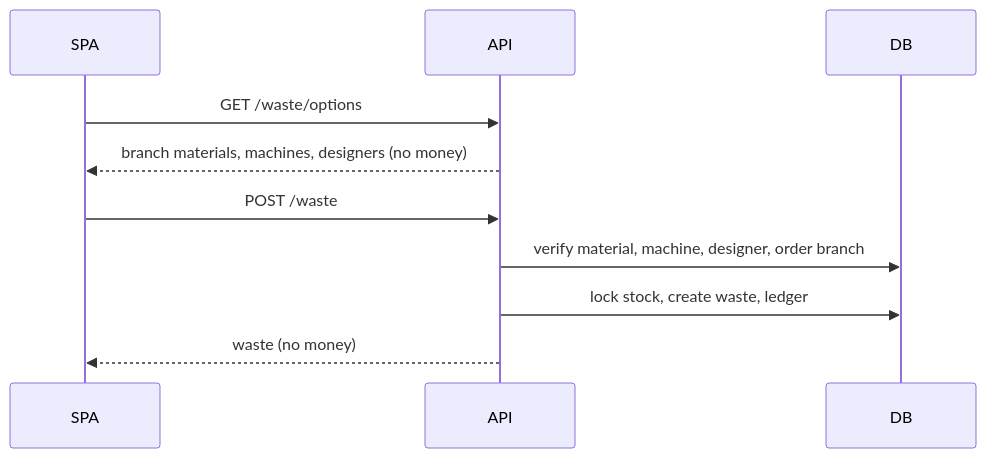
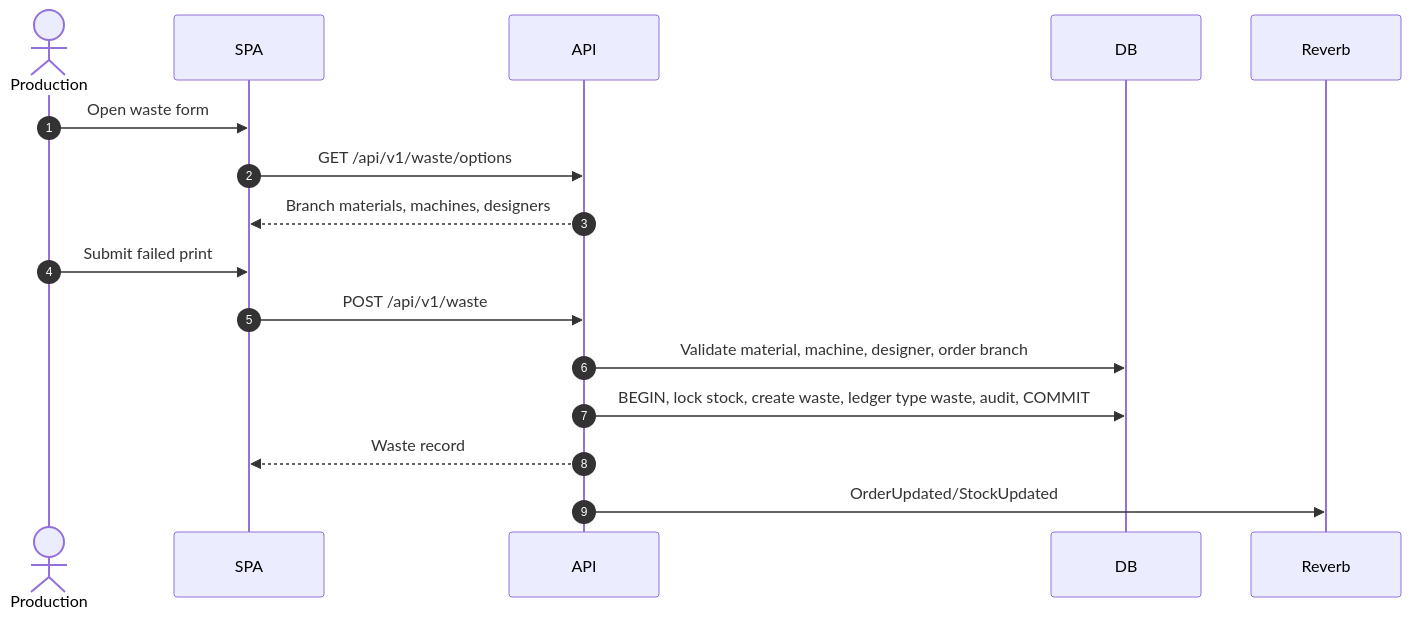
Before and after one commit to Arukast/pos_alja: diagram 14 of 21 in docs/architecture/sequence-diagrams.md, drawn with Mermaid. The commit also changed other lines of this file, not shown here.

Commit message:
docs: expand sequence diagrams for target flows (#43)

````diff
--- a/docs/architecture/sequence-diagrams.md
+++ b/docs/architecture/sequence-diagrams.md
@@ -90,13 +358,19 @@
 ```mermaid
 sequenceDiagram
+    autonumber
+    actor P as Production
     participant SPA
     participant API
     participant DB
+    participant R as Reverb
 
-    SPA->>API: GET /waste/options
-    API-->>SPA: branch materials, machines, designers (no money)
-    SPA->>API: POST /waste
-    API->>DB: verify material, machine, designer, order branch
-    API->>DB: lock stock, create waste, ledger
-    API-->>SPA: waste (no money)
+    P->>SPA: Open waste form
+    SPA->>API: GET /api/v1/waste/options
+    API-->>SPA: Branch materials, machines, designers
+    P->>SPA: Submit failed print
+    SPA->>API: POST /api/v1/waste
+    API->>DB: Validate material, machine, designer, order branch
+    API->>DB: BEGIN, lock stock, create waste, ledger type waste, audit, COMMIT
+    API-->>SPA: Waste record
+    API->>R: OrderUpdated/StockUpdated
 ```
````
